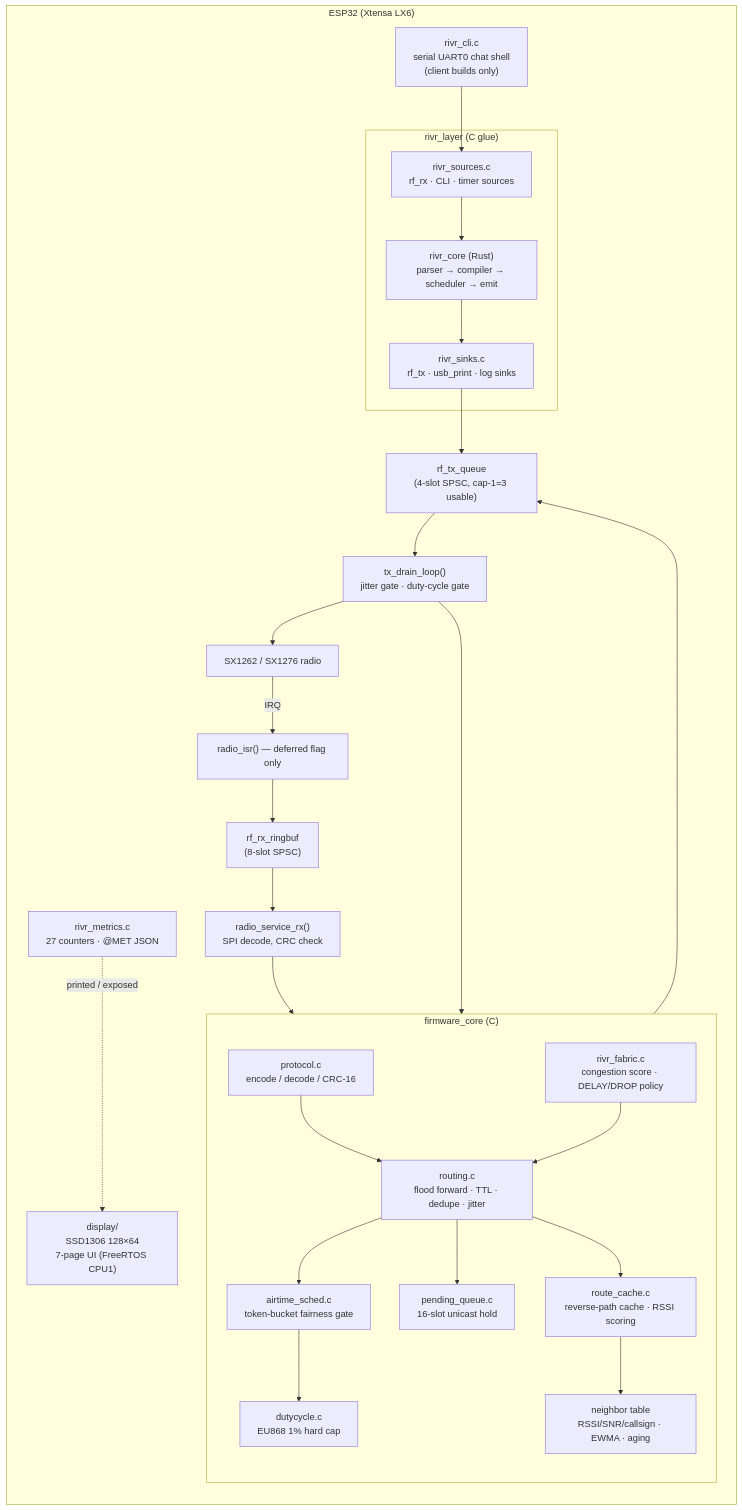
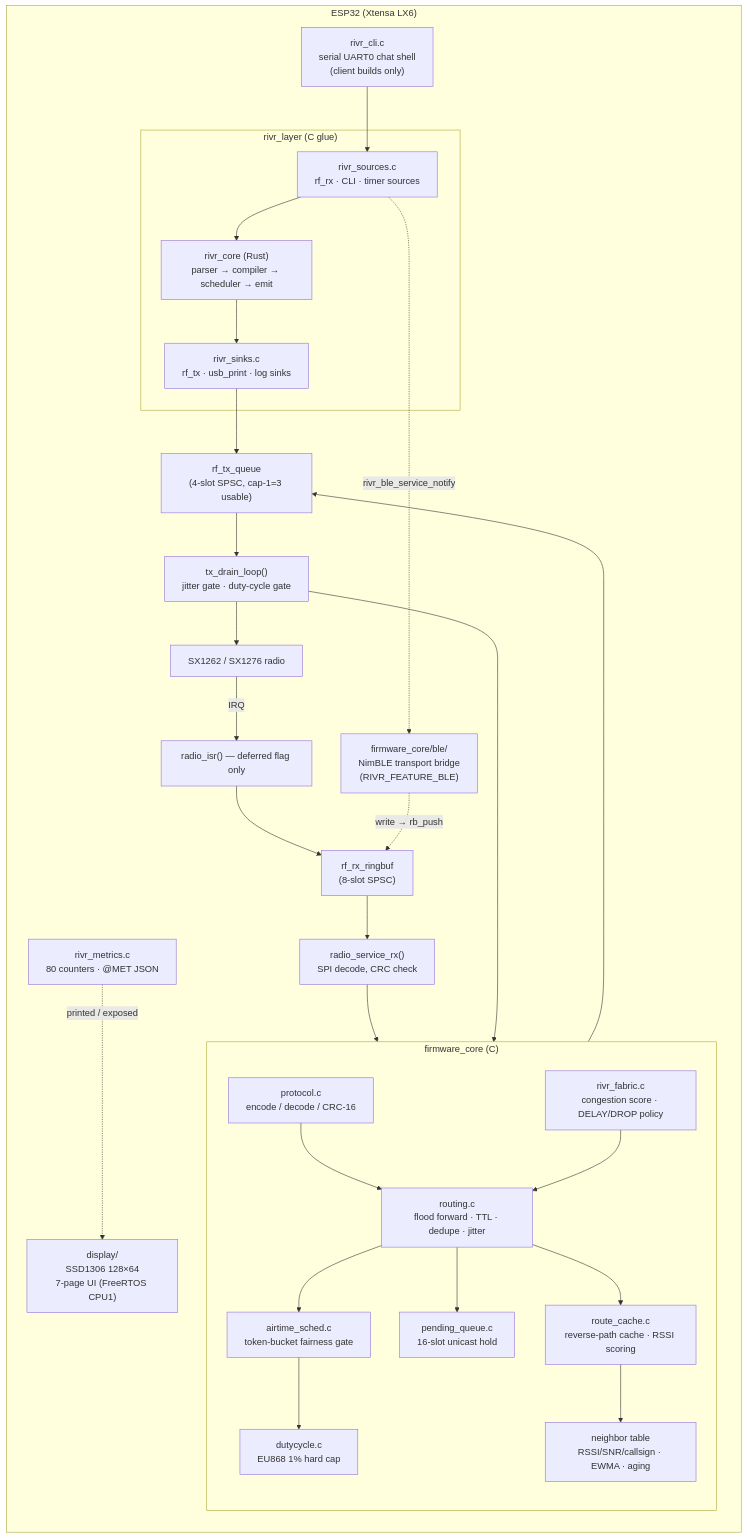
Before and after one commit to MichTronics/Rivr: the first of 5 diagrams in docs/ARCHITECTURE.md, drawn with Mermaid. The commit also changed other lines of this file and 4 other files, not shown here.

First line of the commit message:
docs: update for BLE transport bridge implementation

````diff
--- a/docs/ARCHITECTURE.md
+++ b/docs/ARCHITECTURE.md
@@ -9,57 +9,60 @@
 ```mermaid
 graph TD
     subgraph ESP32["ESP32 (Xtensa LX6)"]
         direction TB
 
         SX["SX1262 / SX1276 radio"]
         ISR["radio_isr() — deferred flag only"]
         RXBuf["rf_rx_ringbuf\n(8-slot SPSC)"]
         SRX["radio_service_rx()\nSPI decode, CRC check"]
 
         subgraph FW["firmware_core (C)"]
             direction TB
             PROTO["protocol.c\nencode / decode / CRC-16"]
             ROUTE["routing.c\nflood forward · TTL · dedupe · jitter"]
             RC["route_cache.c\nreverse-path cache · RSSI scoring"]
             PQ["pending_queue.c\n16-slot unicast hold"]
             AT["airtime_sched.c\ntoken-bucket fairness gate"]
             DC["dutycycle.c\nEU868 1% hard cap"]
             NB["neighbor table\nRSSI/SNR/callsign · EWMA · aging"]
             FAB["rivr_fabric.c\ncongestion score · DELAY/DROP policy"]
         end
 
         TXQ["rf_tx_queue\n(4-slot SPSC, cap-1=3 usable)"]
         DRAIN["tx_drain_loop()\njitter gate · duty-cycle gate"]
 
         subgraph LAYER["rivr_layer (C glue)"]
             SOURCES["rivr_sources.c\nrf_rx · CLI · timer sources"]
             ENGINE["rivr_core (Rust)\nparser → compiler → scheduler → emit"]
             SINKS["rivr_sinks.c\nrf_tx · usb_print · log sinks"]
         end
 
         DISPLAY["display/\nSSD1306 128×64\n7-page UI (FreeRTOS CPU1)"]
         CLI["rivr_cli.c\nserial UART0 chat shell\n(client builds only)"]
-        METRICS["rivr_metrics.c\n27 counters · @MET JSON"]
+        BLE["firmware_core/ble/\nNimBLE transport bridge\n(RIVR_FEATURE_BLE)"]
+        METRICS["rivr_metrics.c\n80 counters · @MET JSON"]
 
         SX -->|IRQ| ISR
         ISR --> RXBuf
         RXBuf --> SRX
         SRX --> PROTO
         PROTO --> ROUTE
         ROUTE --> RC
         ROUTE --> PQ
         ROUTE --> AT
         AT --> DC
         AT --> TXQ
         RC --> NB
         FAB --> ROUTE
         SOURCES --> ENGINE
         ENGINE --> SINKS
         SINKS --> TXQ
         TXQ --> DRAIN
         DRAIN --> DC
         DRAIN --> SX
         METRICS -.->|printed / exposed| DISPLAY
         CLI --> SOURCES
+        SOURCES -.->|rivr_ble_service_notify| BLE
+        BLE -.->|write → rb_push| RXBuf
     end
 ```
````
